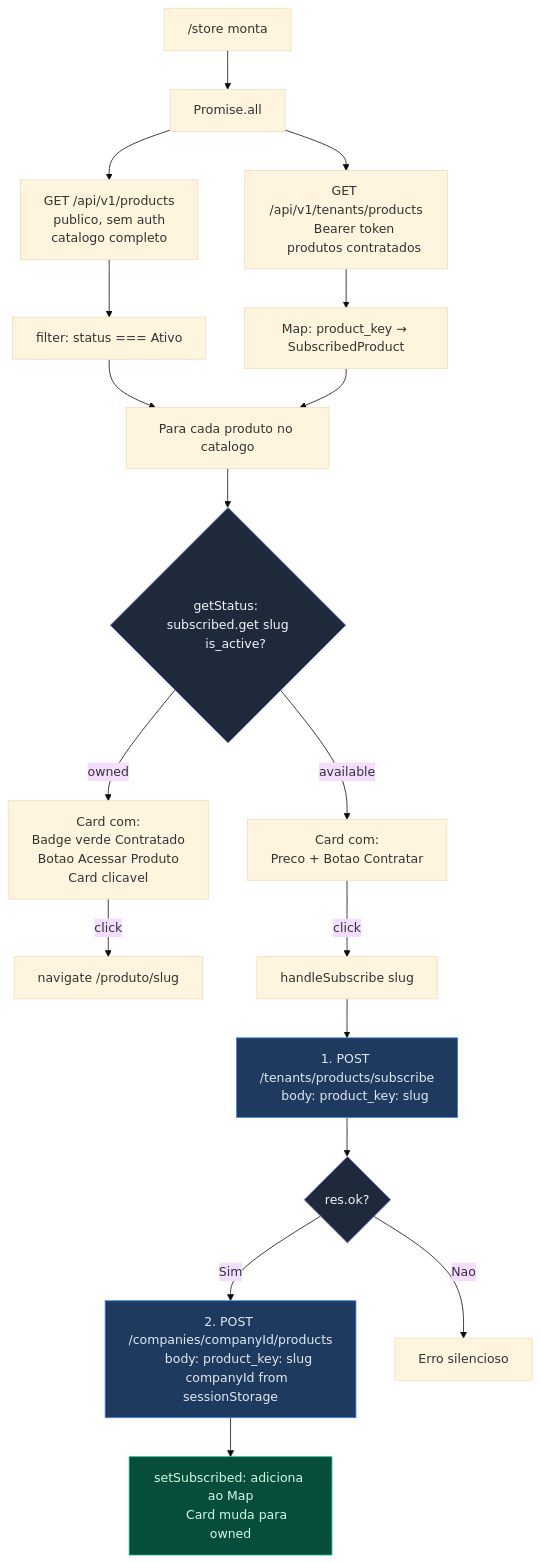
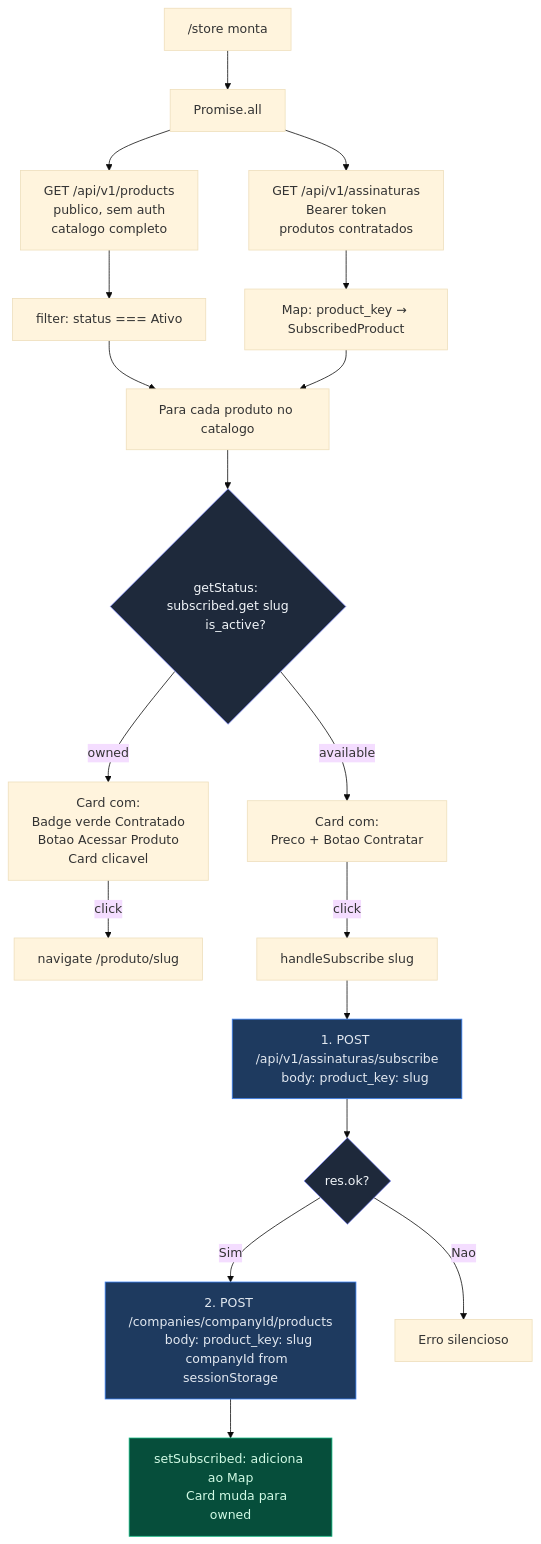
Before and after one commit to kamilaestevam/gravity-antigravity: the sixth of 10 diagrams in documentos-tecnicos/produto/fluxo-tecnico-completo.md, drawn with Mermaid (base theme). The commit also changed other lines of this file and 4 other files, not shown here.

````diff
--- a/documentos-tecnicos/produto/fluxo-tecnico-completo.md
+++ b/documentos-tecnicos/produto/fluxo-tecnico-completo.md
@@ -268,48 +268,48 @@
 ```mermaid
 flowchart TD
     STORE["/store monta"] --> PARALLEL["Promise.all"]
     PARALLEL --> CAT["GET /api/v1/products
     publico, sem auth
     catalogo completo"]
-    PARALLEL --> SUB["GET /api/v1/tenants/products
+    PARALLEL --> SUB["GET /api/v1/assinaturas
     Bearer token
     produtos contratados"]
 
     CAT --> FILTER_CAT["filter: status === Ativo"]
     SUB --> MAP_SUB["Map: product_key → SubscribedProduct"]
 
     FILTER_CAT --> EACH["Para cada produto no catalogo"]
     MAP_SUB --> EACH
 
     EACH --> STATUS{"getStatus: subscribed.get slug
     is_active?"}
 
     STATUS -->|"owned"| CARD_OWNED["Card com:
     Badge verde Contratado
     Botao Acessar Produto
     Card clicavel"]
     CARD_OWNED -->|click| NAV_PROD["navigate /produto/slug"]
 
     STATUS -->|"available"| CARD_AVAIL["Card com:
     Preco + Botao Contratar"]
     CARD_AVAIL -->|click| SUBSCRIBE["handleSubscribe slug"]
 
-    SUBSCRIBE --> S1["1. POST /tenants/products/subscribe
+    SUBSCRIBE --> S1["1. POST /api/v1/assinaturas/subscribe
     body: product_key: slug"]
     S1 --> S1_OK{"res.ok?"}
     S1_OK -->|Sim| S2["2. POST /companies/companyId/products
     body: product_key: slug
     companyId from sessionStorage"]
     S1_OK -->|Nao| ERROR["Erro silencioso"]
 
     S2 --> UPDATE["setSubscribed: adiciona ao Map
     Card muda para owned"]
 
     classDef decision fill:#1e293b,stroke:#818cf8,color:#f1f5f9
     classDef api fill:#1e3a5f,stroke:#3b82f6,color:#e2e8f0
     classDef auto fill:#064e3b,stroke:#10b981,color:#d1fae5
 
     class STATUS,S1_OK decision
     class S1,S2 api
     class UPDATE auto
 ```
````
